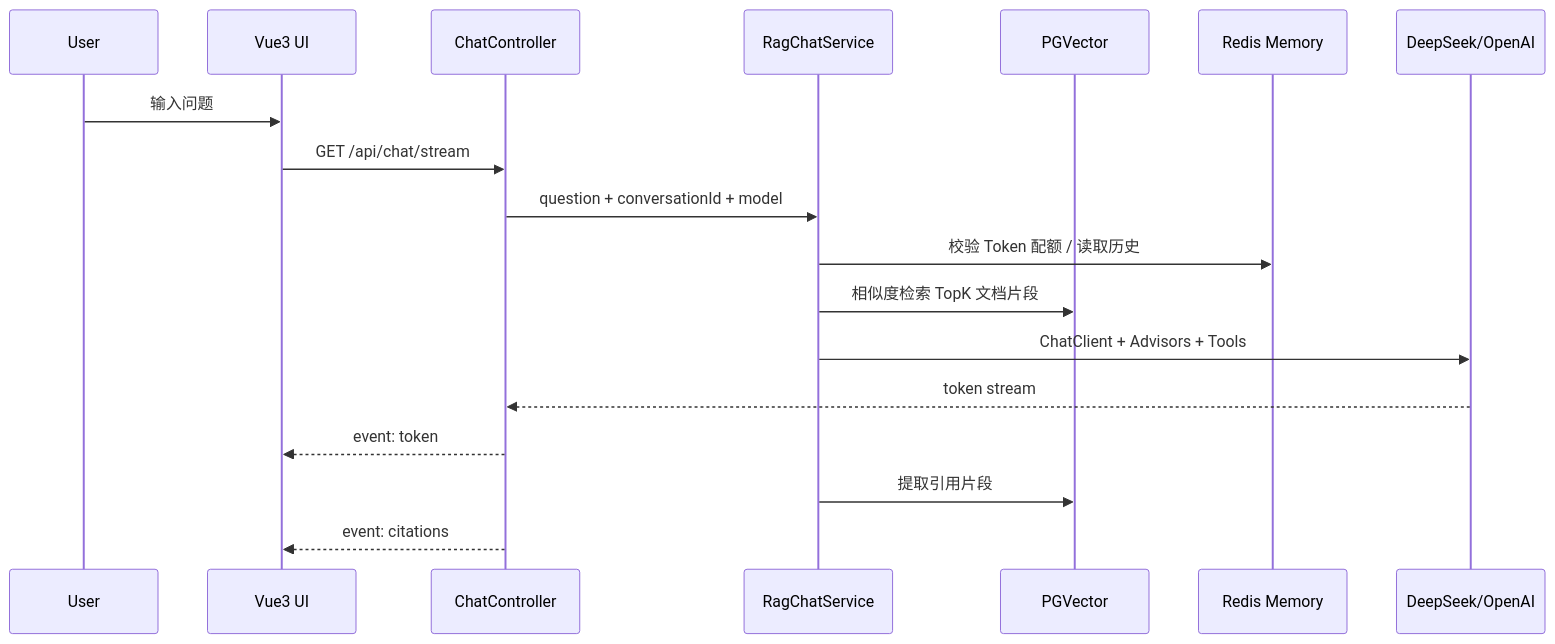
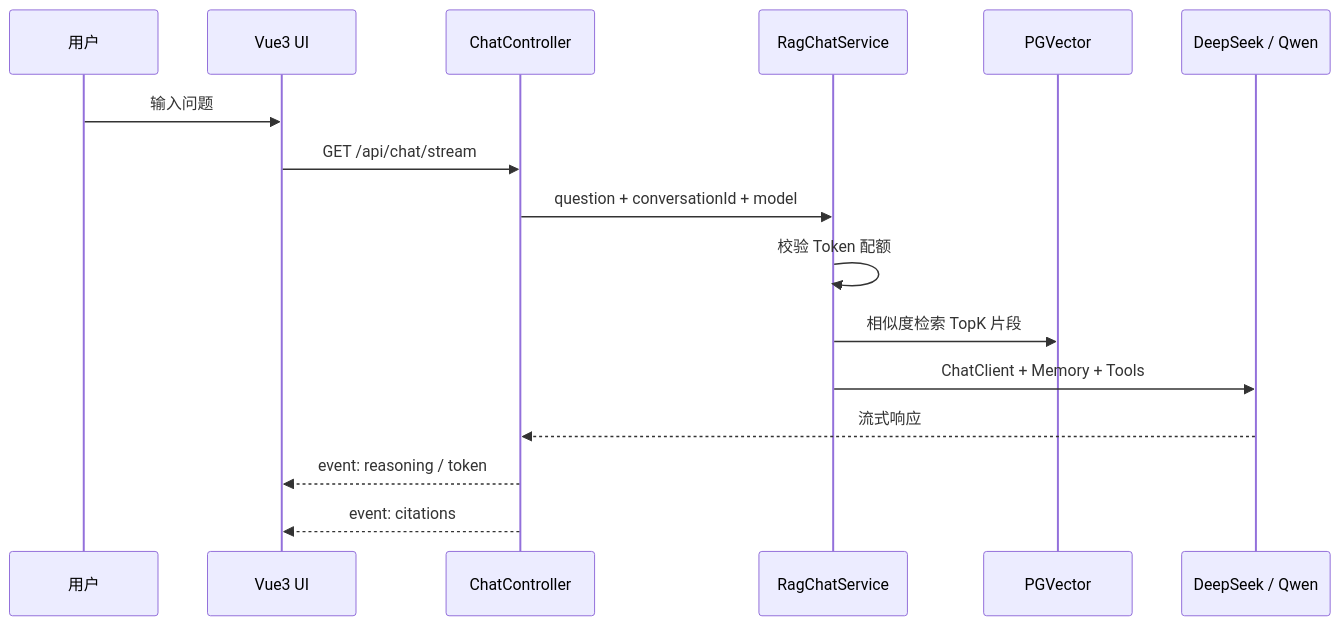
One commit to szhifeng/ai-kb-assistant changed the second of 2 diagrams in README.md. Above: the diagram before and after it, drawn with Mermaid. The commit also changed other lines of this file and 3 other files, not shown here.

````diff
--- a/README.md
+++ b/README.md
@@ -73,21 +62,19 @@
 ```mermaid
 sequenceDiagram
-    participant U as User
+    participant U as 用户
     participant UI as Vue3 UI
     participant API as ChatController
     participant RAG as RagChatService
     participant VS as PGVector
-    participant MEM as Redis Memory
-    participant LLM as DeepSeek/OpenAI
+    participant LLM as DeepSeek / Qwen
 
     U->>UI: 输入问题
     UI->>API: GET /api/chat/stream
     API->>RAG: question + conversationId + model
-    RAG->>MEM: 校验 Token 配额 / 读取历史
-    RAG->>VS: 相似度检索 TopK 文档片段
-    RAG->>LLM: ChatClient + Advisors + Tools
-    LLM-->>API: token stream
-    API-->>UI: event: token
-    RAG->>VS: 提取引用片段
+    RAG->>RAG: 校验 Token 配额
+    RAG->>VS: 相似度检索 TopK 片段
+    RAG->>LLM: ChatClient + Memory + Tools
+    LLM-->>API: 流式响应
+    API-->>UI: event: reasoning / token
     API-->>UI: event: citations
 ```
````
